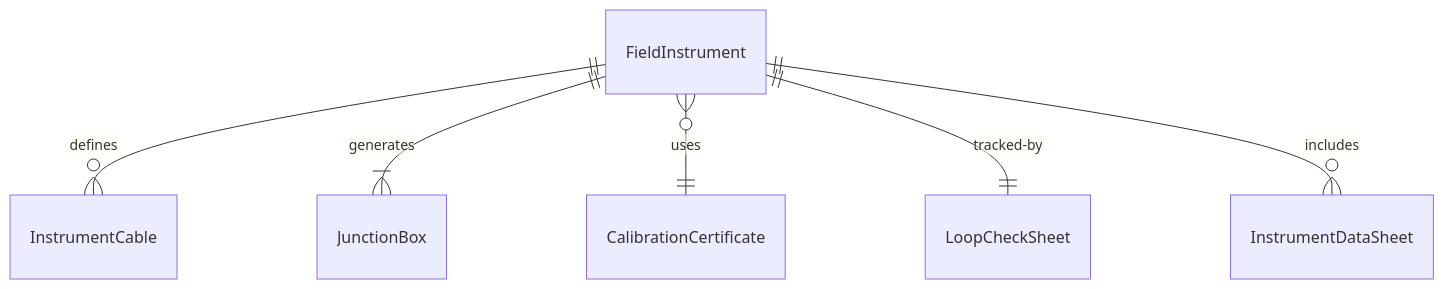
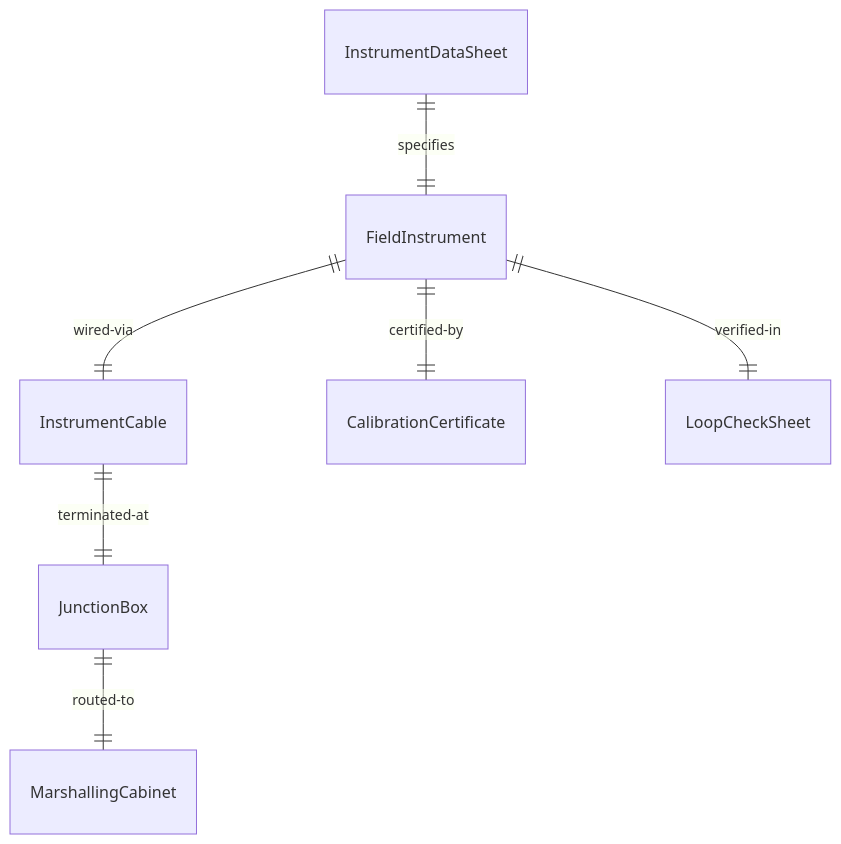
The first of 4 diagrams in HandlingAndMovingObjects/InstallCommercialOrProductionEquipment/InstallInstrumentationElectronicEquipmentSystems.mdx (dot-org-ai/tasks.org.ai), drawn with Mermaid before and after one commit. The commit also changed other lines of this file and 515 other files, not shown here.

````diff
--- a/HandlingAndMovingObjects/InstallCommercialOrProductionEquipment/InstallInstrumentationElectronicEquipmentSystems.mdx
+++ b/HandlingAndMovingObjects/InstallCommercialOrProductionEquipment/InstallInstrumentationElectronicEquipmentSystems.mdx
@@ -89,8 +89,9 @@
 ```mermaid
 erDiagram
-    FieldInstrument ||--o{ InstrumentCable : "defines"
-    FieldInstrument ||--|{ JunctionBox : "generates"
-    FieldInstrument }o--|| CalibrationCertificate : "uses"
-    FieldInstrument ||--|| LoopCheckSheet : "tracked-by"
-    FieldInstrument ||--o{ InstrumentDataSheet : "includes"
+    InstrumentDataSheet ||--|| FieldInstrument : "specifies"
+    FieldInstrument ||--|| InstrumentCable : "wired-via"
+    InstrumentCable ||--|| JunctionBox : "terminated-at"
+    JunctionBox ||--|| MarshallingCabinet : "routed-to"
+    FieldInstrument ||--|| CalibrationCertificate : "certified-by"
+    FieldInstrument ||--|| LoopCheckSheet : "verified-in"
 ```
````
